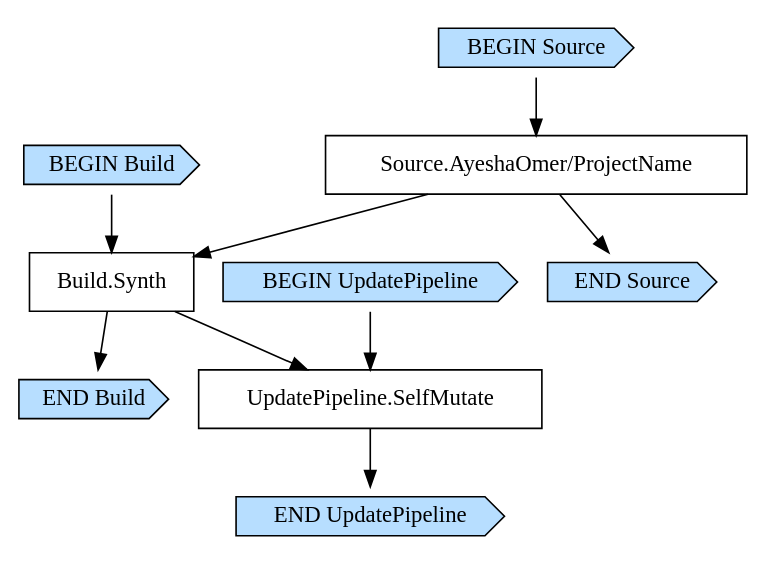
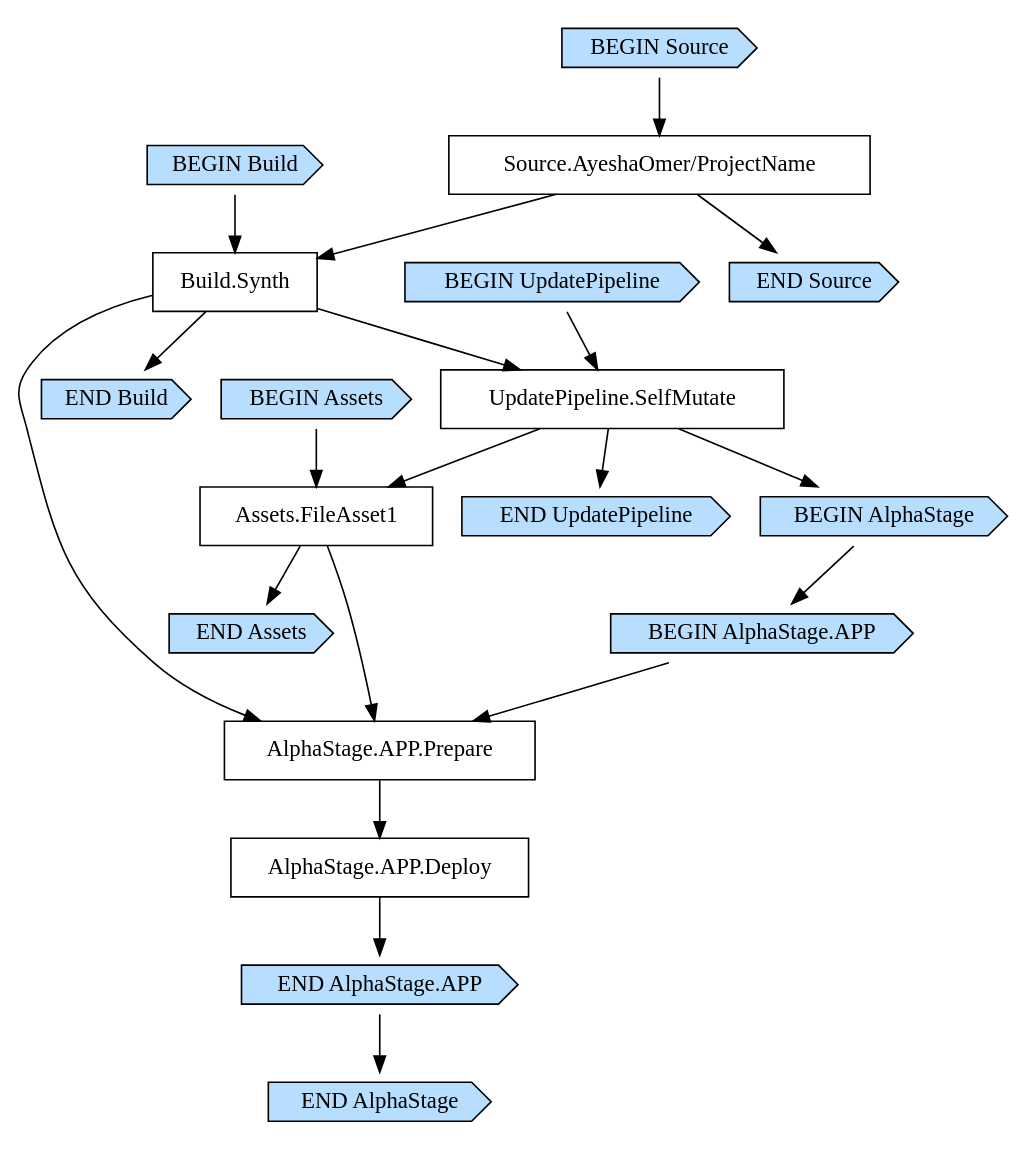
Before and after one commit to AyeshaOmer/ProjectName: the diagram in Ayesha/cdk.out/PipelineStackpipelineE8F65EF0.dot, drawn with Graphviz. The commit also changed 12 other files, not shown here.

```diff
--- a/Ayesha/cdk.out/PipelineStackpipelineE8F65EF0.dot
+++ b/Ayesha/cdk.out/PipelineStackpipelineE8F65EF0.dot
@@ -1,24 +1,44 @@
 digraph G {
   # Arrows represent an "unlocks" relationship (opposite of dependency). So chosen
   # because the layout looks more natural that way.
   # To represent subgraph dependencies, subgraphs are represented by BEGIN/END nodes.
   # To render: `dot -Tsvg PipelineStackpipelineE8F65EF0.dot > graph.svg`, open in a browser.
   node [shape="box"];
 "BEGIN Build" [shape="cds", style="filled", fillcolor="#b7deff"];
 "END Build" [shape="cds", style="filled", fillcolor="#b7deff"];
 "Build.Synth";
 "Source.AyeshaOmer/ProjectName" -> "Build.Synth";
 "BEGIN Build" -> "Build.Synth";
 "Build.Synth" -> "END Build";
 "BEGIN UpdatePipeline" [shape="cds", style="filled", fillcolor="#b7deff"];
 "END UpdatePipeline" [shape="cds", style="filled", fillcolor="#b7deff"];
 "UpdatePipeline.SelfMutate";
 "Build.Synth" -> "UpdatePipeline.SelfMutate";
 "BEGIN UpdatePipeline" -> "UpdatePipeline.SelfMutate";
 "UpdatePipeline.SelfMutate" -> "END UpdatePipeline";
+"BEGIN Assets" [shape="cds", style="filled", fillcolor="#b7deff"];
+"END Assets" [shape="cds", style="filled", fillcolor="#b7deff"];
+"Assets.FileAsset1";
+"UpdatePipeline.SelfMutate" -> "Assets.FileAsset1";
+"BEGIN Assets" -> "Assets.FileAsset1";
+"Assets.FileAsset1" -> "END Assets";
+"BEGIN AlphaStage" [shape="cds", style="filled", fillcolor="#b7deff"];
+"END AlphaStage" [shape="cds", style="filled", fillcolor="#b7deff"];
+"UpdatePipeline.SelfMutate" -> "BEGIN AlphaStage";
+"BEGIN AlphaStage.APP" [shape="cds", style="filled", fillcolor="#b7deff"];
+"END AlphaStage.APP" [shape="cds", style="filled", fillcolor="#b7deff"];
+"AlphaStage.APP.Deploy";
+"AlphaStage.APP.Prepare" -> "AlphaStage.APP.Deploy";
+"AlphaStage.APP.Prepare";
+"Build.Synth" -> "AlphaStage.APP.Prepare";
+"Assets.FileAsset1" -> "AlphaStage.APP.Prepare";
+"BEGIN AlphaStage.APP" -> "AlphaStage.APP.Prepare";
+"AlphaStage.APP.Deploy" -> "END AlphaStage.APP";
+"BEGIN AlphaStage" -> "BEGIN AlphaStage.APP";
+"END AlphaStage.APP" -> "END AlphaStage";
 "BEGIN Source" [shape="cds", style="filled", fillcolor="#b7deff"];
 "END Source" [shape="cds", style="filled", fillcolor="#b7deff"];
 "Source.AyeshaOmer/ProjectName";
 "BEGIN Source" -> "Source.AyeshaOmer/ProjectName";
 "Source.AyeshaOmer/ProjectName" -> "END Source";
 }
```
